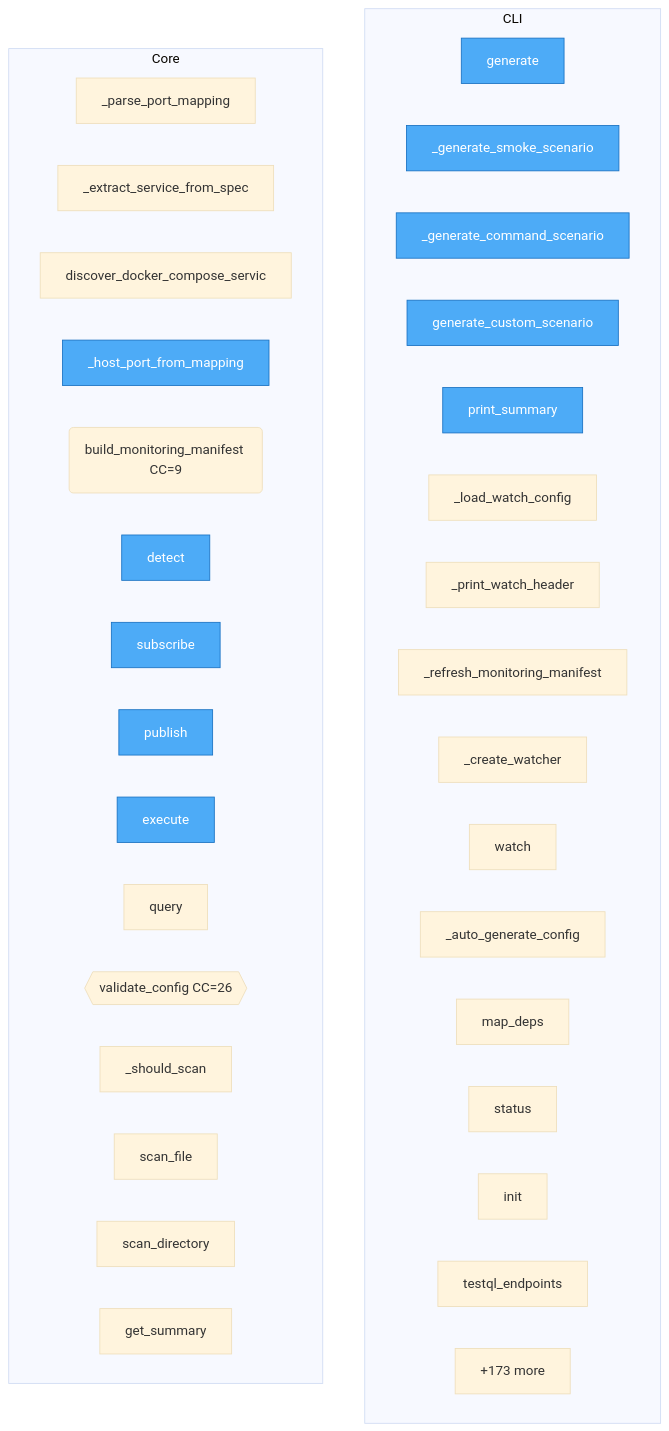
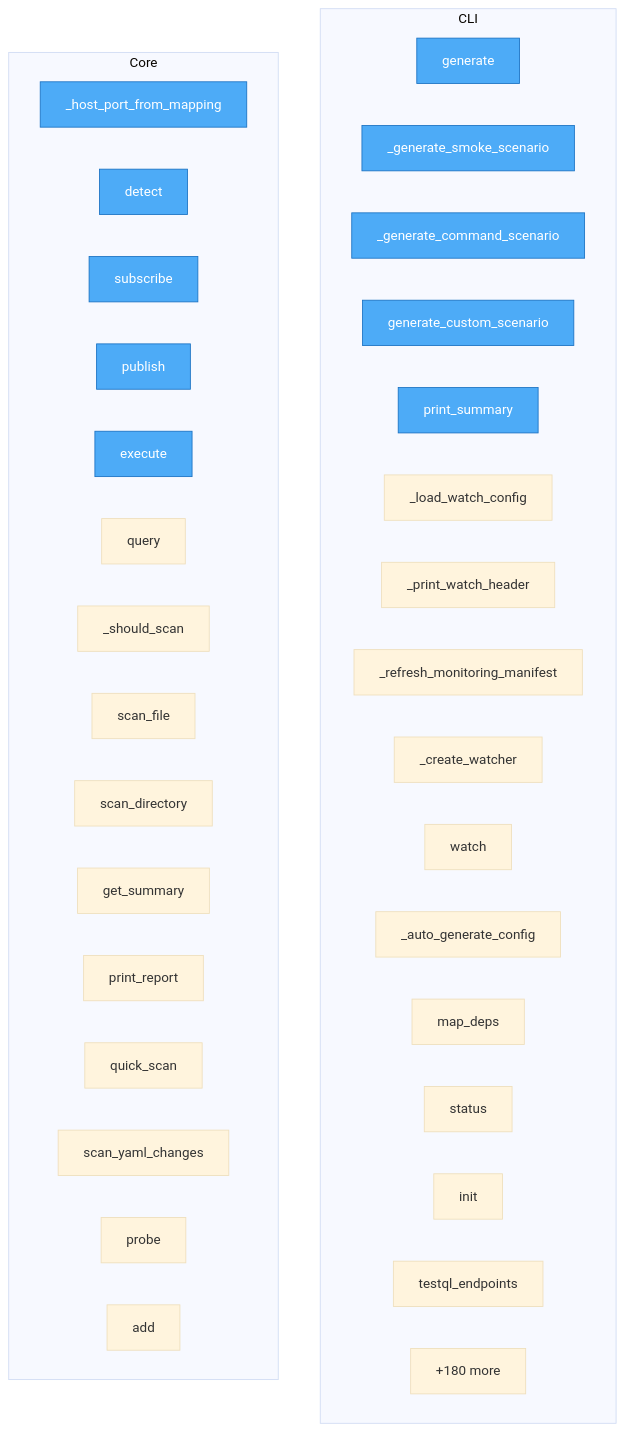
Before and after one commit to semcod/wup: the diagram in project/flow.mmd, drawn with Mermaid (base theme). The commit also changed 37 other files, not shown here.

```diff
--- a/project/flow.mmd
+++ b/project/flow.mmd
@@ -1,45 +1,45 @@
 flowchart TD
 %% generated in 0.01s
 
     %% Entry points (blue)
     classDef entry fill:#4dabf7,stroke:#1971c2,color:#fff
 
     subgraph CLI
         wup__testql_cli_generator__TestQLCLIGenerator__generate["generate"]
         wup__testql_cli_generator__TestQLCLIGenerator___generate_smoke_scenario["_generate_smoke_scenario"]
         wup__testql_cli_generator__TestQLCLIGenerator___generate_command_scenario["_generate_command_scenario"]
         wup__testql_cli_generator__TestQLCLIGenerator__generate_custom_scenario["generate_custom_scenario"]
         wup__testql_cli_generator__TestQLCLIGenerator__print_summary["print_summary"]
         wup__cli___load_watch_config["_load_watch_config"]
         wup__cli___print_watch_header["_print_watch_header"]
         wup__cli___refresh_monitoring_manifest["_refresh_monitoring_manifest"]
         wup__cli___create_watcher["_create_watcher"]
         wup__cli__watch["watch"]
         wup__cli___auto_generate_config["_auto_generate_config"]
         wup__cli__map_deps["map_deps"]
         wup__cli__status["status"]
         wup__cli__init["init"]
         wup__cli__testql_endpoints["testql_endpoints"]
         ...["+29 more"]
     end
 
     subgraph Core
-        wup__monitoring_manifest___parse_port_mapping["_parse_port_mapping"]
-        wup__monitoring_manifest___extract_service_from_spec["_extract_service_from_spec"]
-        wup__monitoring_manifest__discover_docker_compose_services["discover_docker_compose_servic"]
         wup__monitoring_manifest___host_port_from_mapping["_host_port_from_mapping"]
-        wup__monitoring_manifest__build_monitoring_manifest("build_monitoring_manifest CC=9")
         wup___base_detector__BaseDetector__detect["detect"]
         wup__bus__EventBus__subscribe["subscribe"]
         wup__bus__EventBus__publish["publish"]
         wup__bus__EventBus__execute["execute"]
         wup__bus__EventBus__query["query"]
-        wup__config__validate_config{{validate_config CC=26}}
         wup__anomaly_detector__AnomalyDetector___should_scan["_should_scan"]
         wup__anomaly_detector__AnomalyDetector__scan_file["scan_file"]
         wup__anomaly_detector__AnomalyDetector__scan_directory["scan_directory"]
         wup__anomaly_detector__AnomalyDetector__get_summary["get_summary"]
-        ...["+173 more"]
+        wup__anomaly_detector__AnomalyDetector__print_report["print_report"]
+        wup__anomaly_detector__quick_scan["quick_scan"]
+        wup__anomaly_detector__scan_yaml_changes["scan_yaml_changes"]
+        wup__testql_monitor__ProbeTarget__probe["probe"]
+        wup__testql_monitor___ProbeAccumulator__add["add"]
+        ...["+180 more"]
     end
 
     class wup__testql_cli_generator__TestQLCLIGenerator__generate,wup__testql_cli_generator__TestQLCLIGenerator___generate_smoke_scenario,wup__testql_cli_generator__TestQLCLIGenerator___generate_command_scenario,wup__testql_cli_generator__TestQLCLIGenerator__generate_custom_scenario,wup__testql_cli_generator__TestQLCLIGenerator__print_summary,wup__monitoring_manifest___host_port_from_mapping,wup___base_detector__BaseDetector__detect,wup__bus__EventBus__subscribe,wup__bus__EventBus__publish,wup__bus__EventBus__execute entry
```
